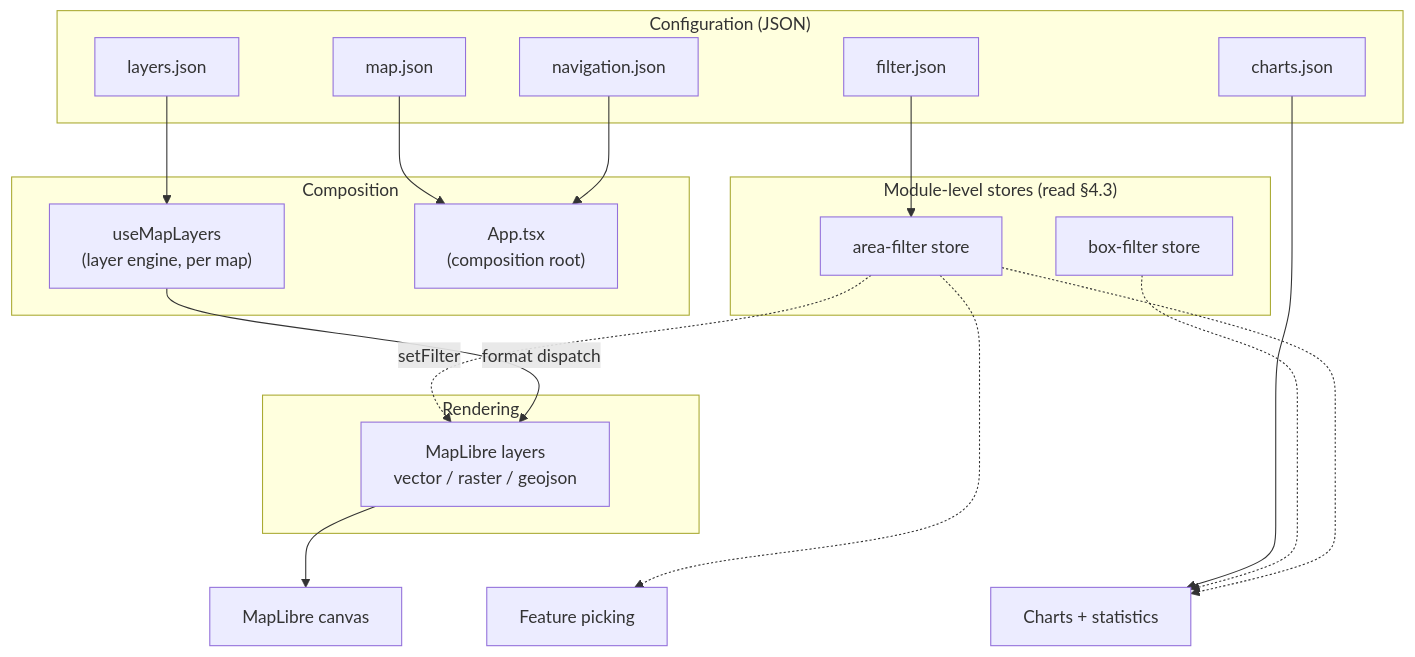
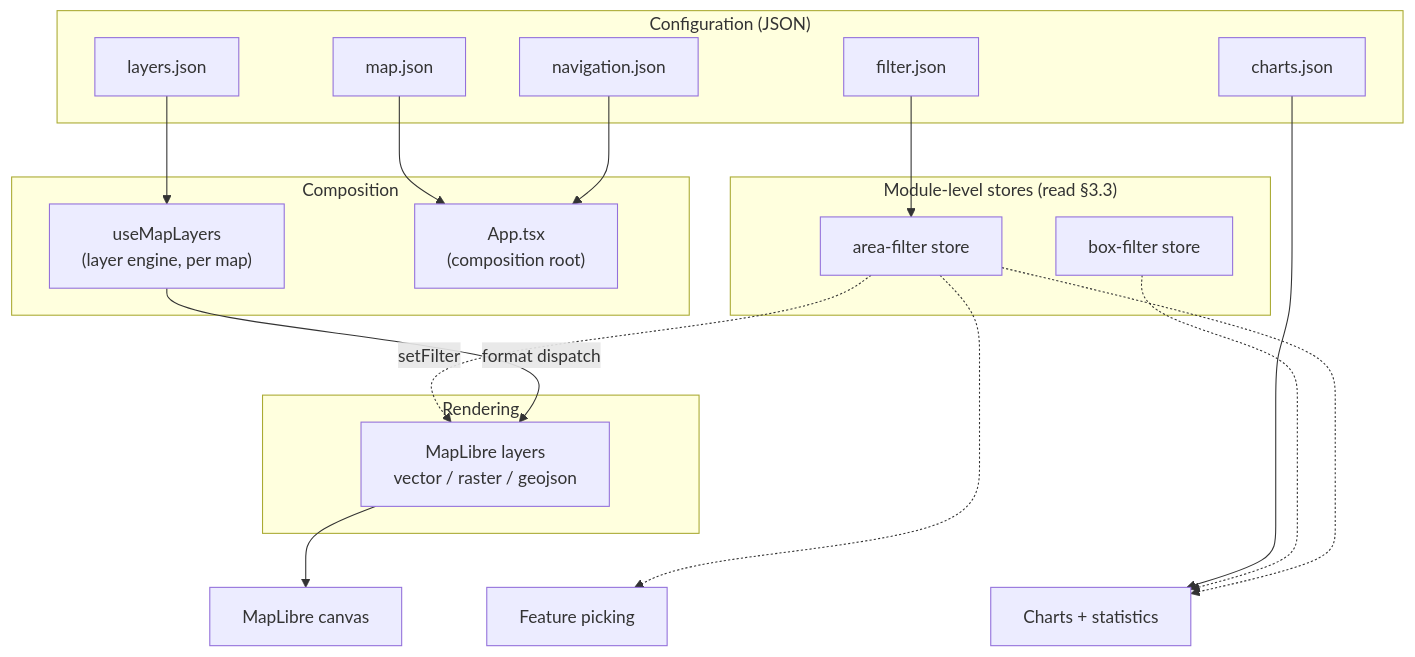
One commit to ObjectVision/DeRondeKaart changed the first of 3 diagrams in docs/system-design.md. Above: the diagram before and after it, drawn with Mermaid. The commit also changed other lines of this file and 4 other files, not shown here.

````diff
--- a/docs/system-design.md
+++ b/docs/system-design.md
@@ -122,44 +84,44 @@
 ```mermaid
 flowchart TD
     subgraph config["Configuration (JSON)"]
         lj["layers.json"]
         nj["navigation.json"]
         cj["charts.json"]
         fj["filter.json"]
         mj["map.json"]
     end
 
     subgraph state["Composition"]
         uml["useMapLayers<br/>(layer engine, per map)"]
         app["App.tsx<br/>(composition root)"]
     end
 
-    subgraph stores["Module-level stores (read §4.3)"]
+    subgraph stores["Module-level stores (read §3.3)"]
         af["area-filter store"]
         bf["box-filter store"]
     end
 
     subgraph render["Rendering"]
         ml["MapLibre layers<br/>vector / raster / geojson"]
     end
 
     canvas["MapLibre canvas"]
     charts["Charts + statistics"]
     pick["Feature picking"]
 
     lj --> uml
     nj --> app
     mj --> app
     uml -->|"format dispatch"| ml
     ml --> canvas
     af -.->|"setFilter"| ml
     af -.-> pick
     af -.-> charts
     bf -.-> charts
     cj --> charts
     fj --> af
 
     %% Layout only: invisible edges putting the three outputs on one rank.
     ml ~~~ charts
     ml ~~~ pick
 ```
````
